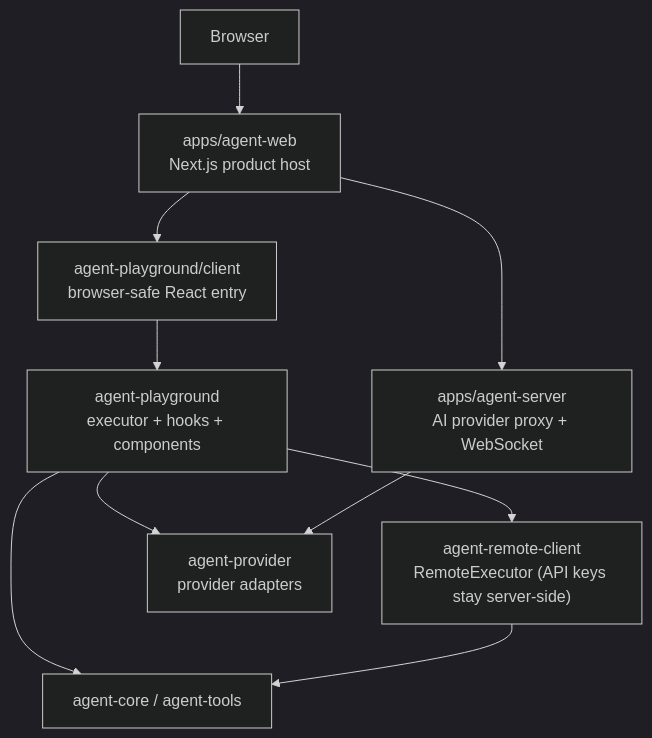
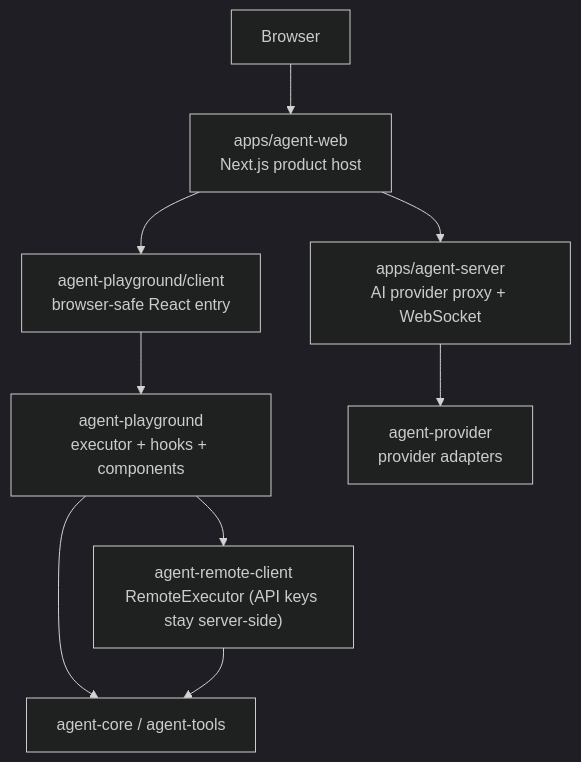
The second of 2 diagrams in .agents/specs/architecture-map/agent-system.md (woojubb/robota), drawn with Mermaid (dark theme) before and after one commit. The commit also changed other lines of this file and 22 other files, not shown here.

````diff
--- a/.agents/specs/architecture-map/agent-system.md
+++ b/.agents/specs/architecture-map/agent-system.md
@@ -94,21 +94,20 @@
 ```mermaid
 flowchart TD
   Browser["Browser"]
   AgentWeb["apps/agent-web\nNext.js product host"]
   AgentServer["apps/agent-server\nAI provider proxy + WebSocket"]
   ClientEntry["agent-playground/client\nbrowser-safe React entry"]
   Playground["agent-playground\nexecutor + hooks + components"]
   RemoteClient["agent-remote-client\nRemoteExecutor (API keys stay server-side)"]
   Core["agent-core / agent-tools"]
   Providers["agent-provider\nprovider adapters"]
 
   Browser --> AgentWeb
   AgentWeb --> AgentServer
   AgentWeb --> ClientEntry
   ClientEntry --> Playground
   Playground --> RemoteClient
   Playground --> Core
-  Playground --> Providers
   RemoteClient --> Core
   AgentServer --> Providers
 ```
````
